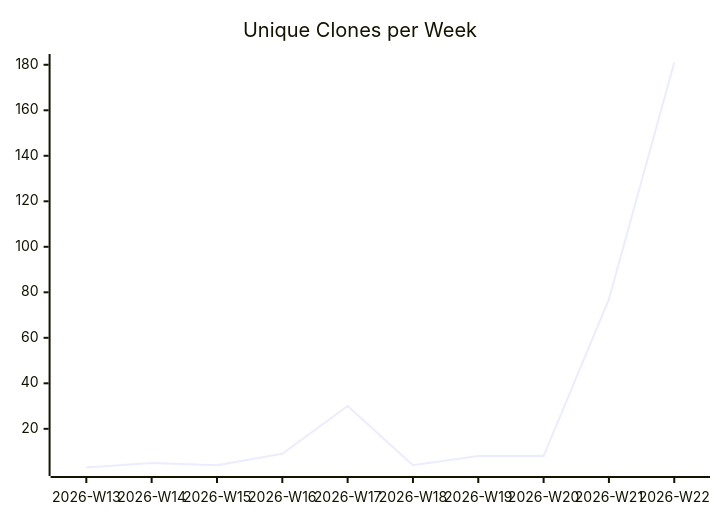
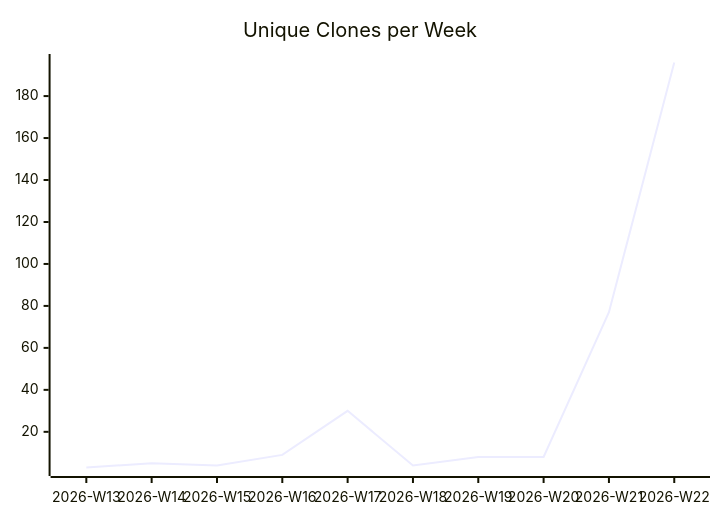
The third of 3 diagrams in karlmdavis/dotfiles/README.md (justdavis-family/github-analytics-data), drawn with Mermaid before and after one commit. The commit also changed other lines of this file and 188 other files, not shown here.

````diff
--- a/karlmdavis/dotfiles/README.md
+++ b/karlmdavis/dotfiles/README.md
@@ -19,6 +19,6 @@
 ```mermaid
 xychart-beta
   title "Unique Clones per Week"
   x-axis ["2026-W13", "2026-W14", "2026-W15", "2026-W16", "2026-W17", "2026-W18", "2026-W19", "2026-W20", "2026-W21", "2026-W22"]
-  line [3, 5, 4, 9, 30, 4, 8, 8, 77, 181]
+  line [3, 5, 4, 9, 30, 4, 8, 8, 77, 196]
 ```
````
